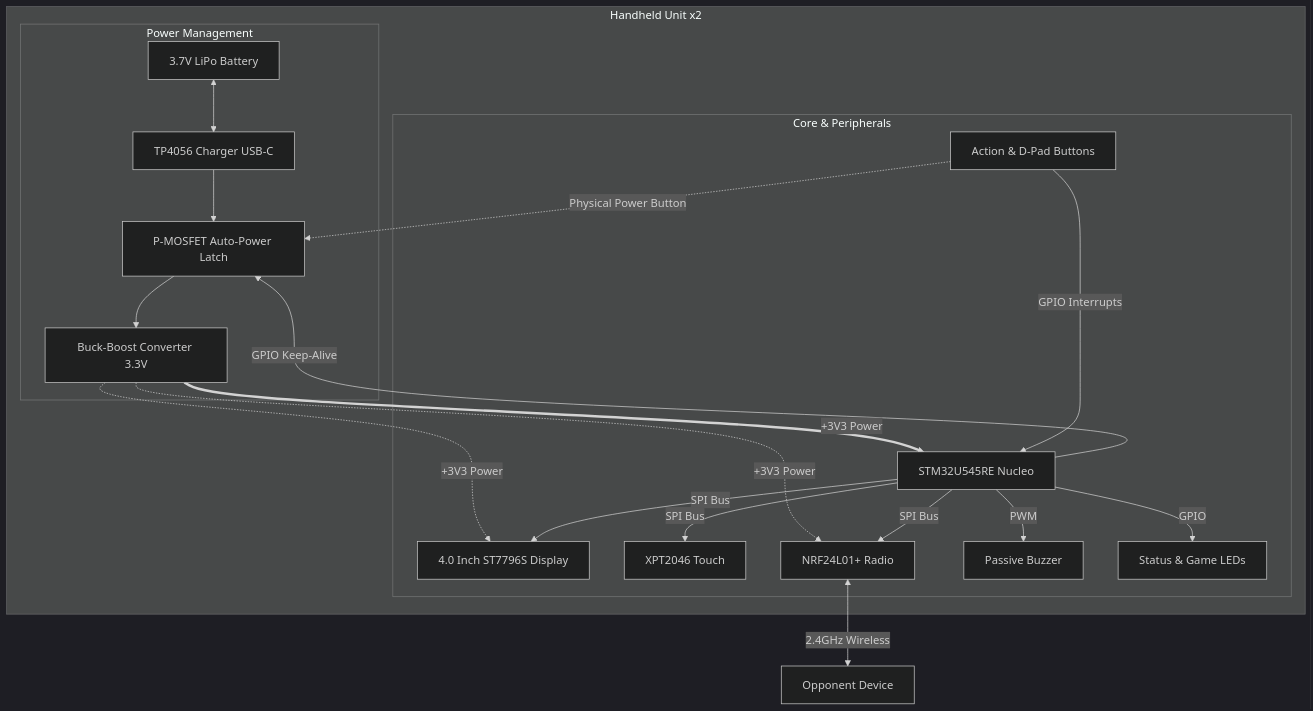
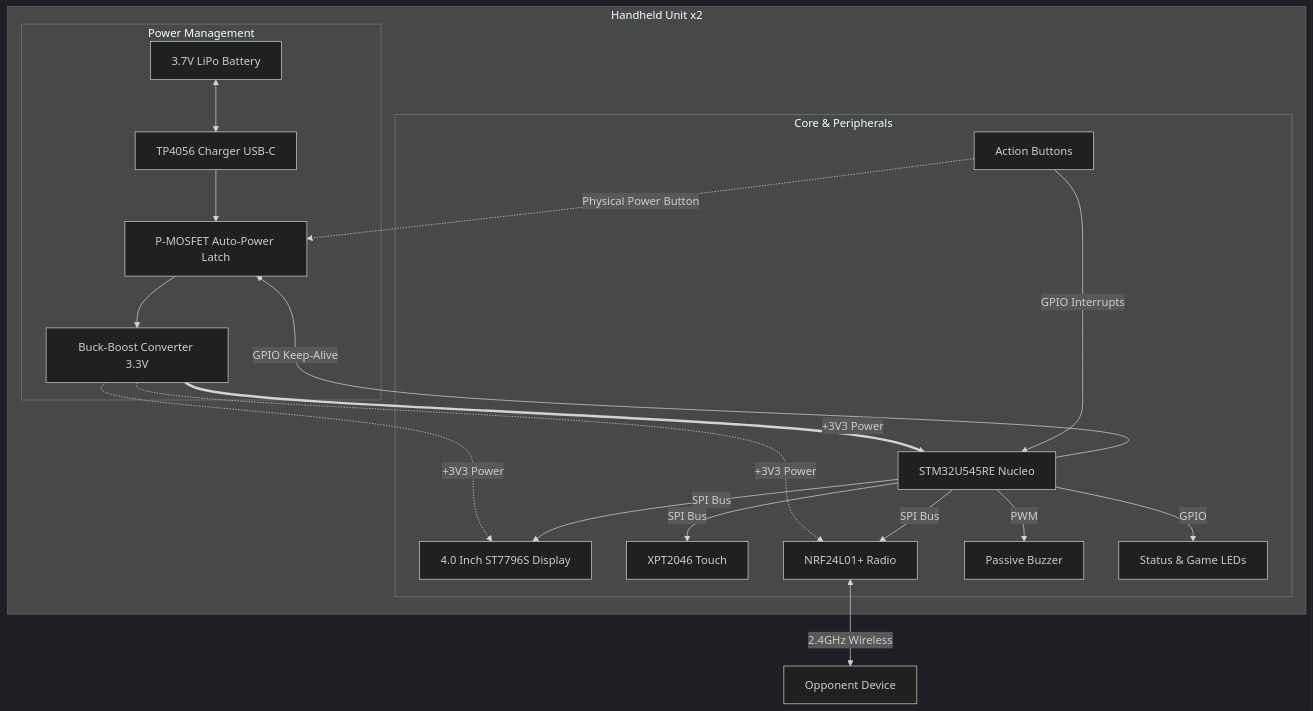
One commit to UPB-PMRust/website changed the diagram in website/versioned_docs/version-fils_en/project/2026/daniel.mirza/index.md. Above: the diagram before and after it, drawn with Mermaid (dark theme). The commit also changed other lines of this file and 4 other files, not shown here.

````diff
--- a/website/versioned_docs/version-fils_en/project/2026/daniel.mirza/index.md
+++ b/website/versioned_docs/version-fils_en/project/2026/daniel.mirza/index.md
@@ -57,47 +57,47 @@
 ```mermaid
 graph TD
     subgraph "Handheld Unit x2"
 
         subgraph "Power Management"
             BATT["3.7V LiPo Battery"]
             TP4056["TP4056 Charger USB-C"]
             LATCH["P-MOSFET Auto-Power Latch"]
             REG["Buck-Boost Converter 3.3V"]
 
             BATT <--> TP4056
             TP4056 --> LATCH
             LATCH --> REG
         end
 
         subgraph "Core & Peripherals"
             MCU["STM32U545RE Nucleo"]
             DISP["4.0 Inch ST7796S Display"]
             TOUCH["XPT2046 Touch"]
             RADIO["NRF24L01+ Radio"]
             BUZZ["Passive Buzzer"]
-            BTNS["Action & D-Pad Buttons"]
+            BTNS["Action Buttons"]
             LEDS["Status & Game LEDs"]
         end
 
         %% Power Routing
         REG == +3V3 Power ==> MCU
         REG -. +3V3 Power .-> DISP
         REG -. +3V3 Power .-> RADIO
 
         %% Data Routing
         MCU -->|SPI Bus| DISP
         MCU -->|SPI Bus| TOUCH
         MCU -->|SPI Bus| RADIO
         
         MCU -->|PWM| BUZZ
         MCU -->|GPIO| LEDS
         BTNS -->|GPIO Interrupts| MCU
         
         %% The Latch Control
         MCU -->|GPIO Keep-Alive| LATCH
         BTNS -. Physical Power Button .-> LATCH
 
     end
     
     RADIO <-->|2.4GHz Wireless| RADIO2["Opponent Device"]
 ```
````
